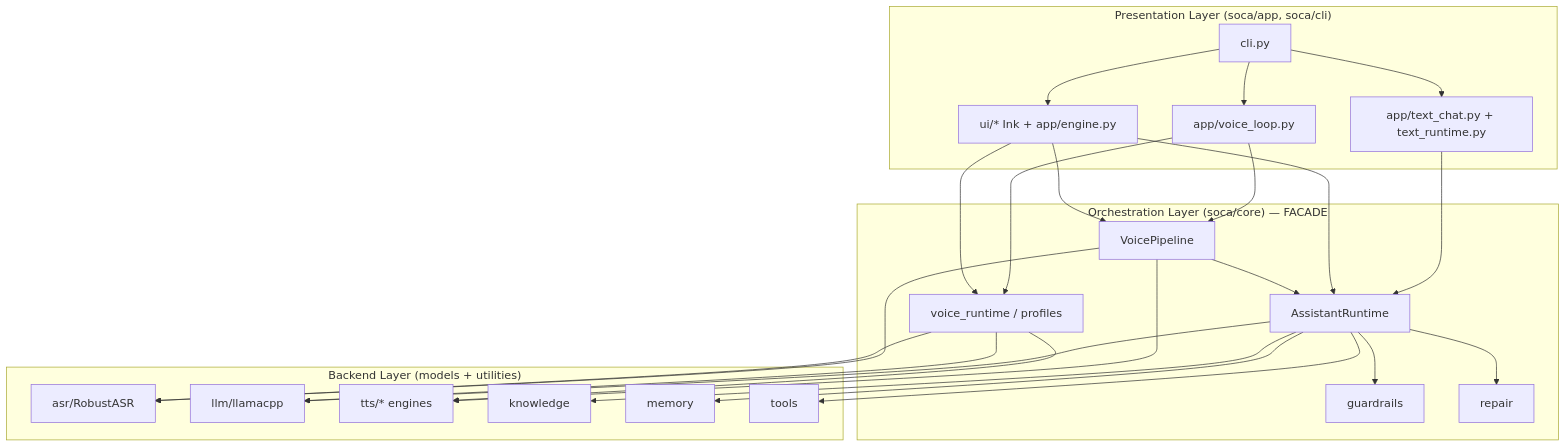
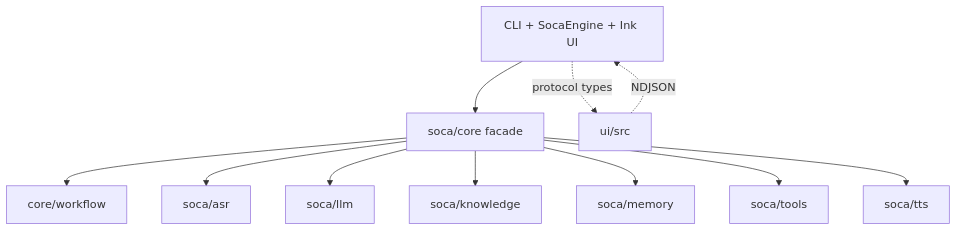
Before and after one commit to finalflash159/soca: the diagram in docs/02-architecture.md, drawn with Mermaid. The commit also changed other lines of this file and 38 other files, not shown here.

````diff
--- a/docs/02-architecture.md
+++ b/docs/02-architecture.md
@@ -39,32 +30,13 @@
 ```mermaid
 flowchart TD
-    subgraph L3["Presentation Layer (soca/app, soca/cli)"]
-        cli[cli.py]
-        vloop[app/voice_loop.py]
-        tchat[app/text_chat.py + text_runtime.py]
-        tui[ui/* Ink + app/engine.py]
-    end
-    subgraph L2["Orchestration Layer (soca/core) — FACADE"]
-        runtime[AssistantRuntime]
-        pipeline[VoicePipeline]
-        vrt[voice_runtime / profiles]
-        guard[guardrails]
-        repair[repair]
-    end
-    subgraph L1["Backend Layer (models + utilities)"]
-        asr[asr/RobustASR]
-        llm[llm/llamacpp]
-        tts[tts/* engines]
-        kn[knowledge]
-        mem[memory]
-        tools[tools]
-    end
-
-    cli --> vloop & tchat & tui
-    vloop --> pipeline & vrt
-    tchat --> runtime
-    tui --> runtime & pipeline & vrt
-    pipeline --> asr & tts & runtime
-    runtime --> guard & repair & llm & kn & mem & tools
-    vrt --> asr & llm & tts
+    App[CLI + SocaEngine + Ink UI] --> Core[soca/core facade]
+    Core --> Workflow[core/workflow]
+    Core --> ASR[soca/asr]
+    Core --> LLM[soca/llm]
+    Core --> Knowledge[soca/knowledge]
+    Core --> Memory[soca/memory]
+    Core --> Tools[soca/tools]
+    Core --> TTS[soca/tts]
+    App -. protocol types .-> UI[ui/src]
+    UI -. NDJSON .-> App
 ```
````
